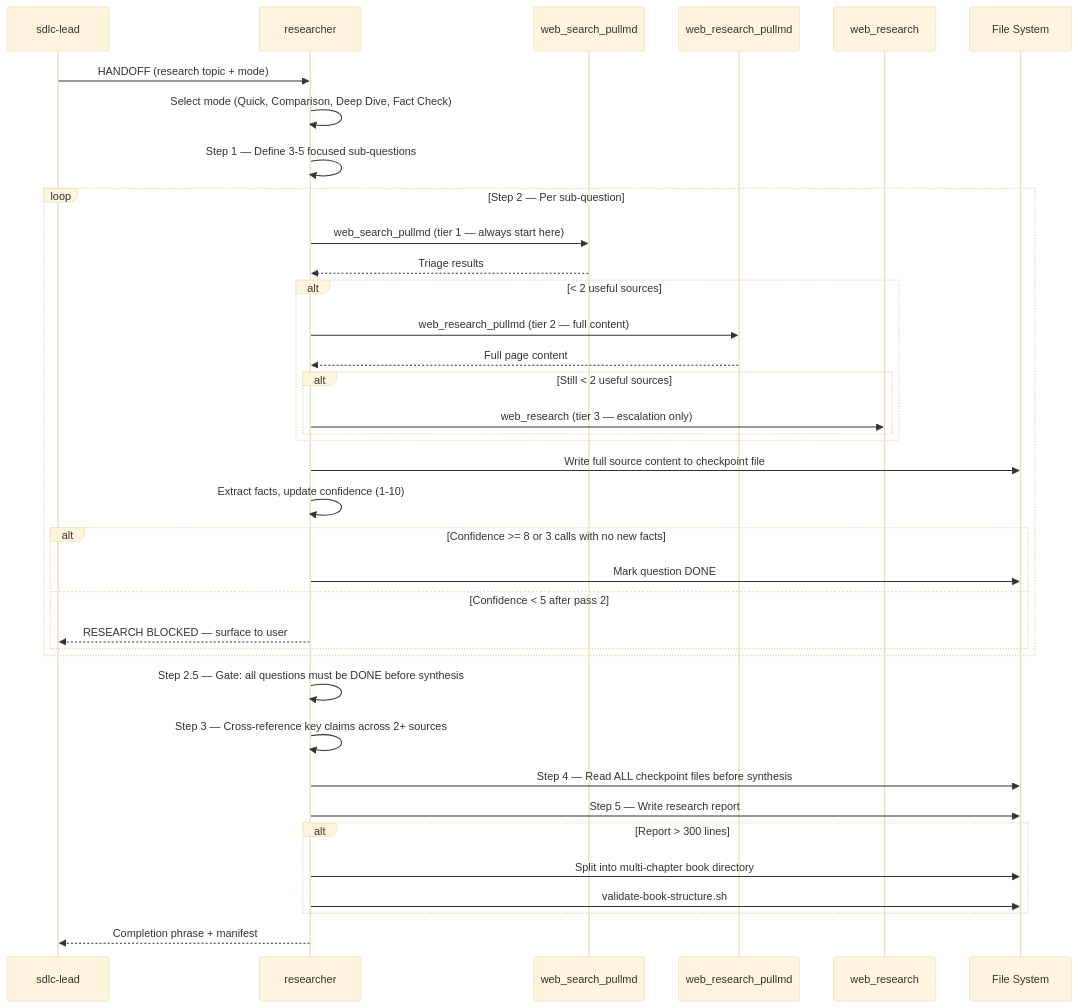
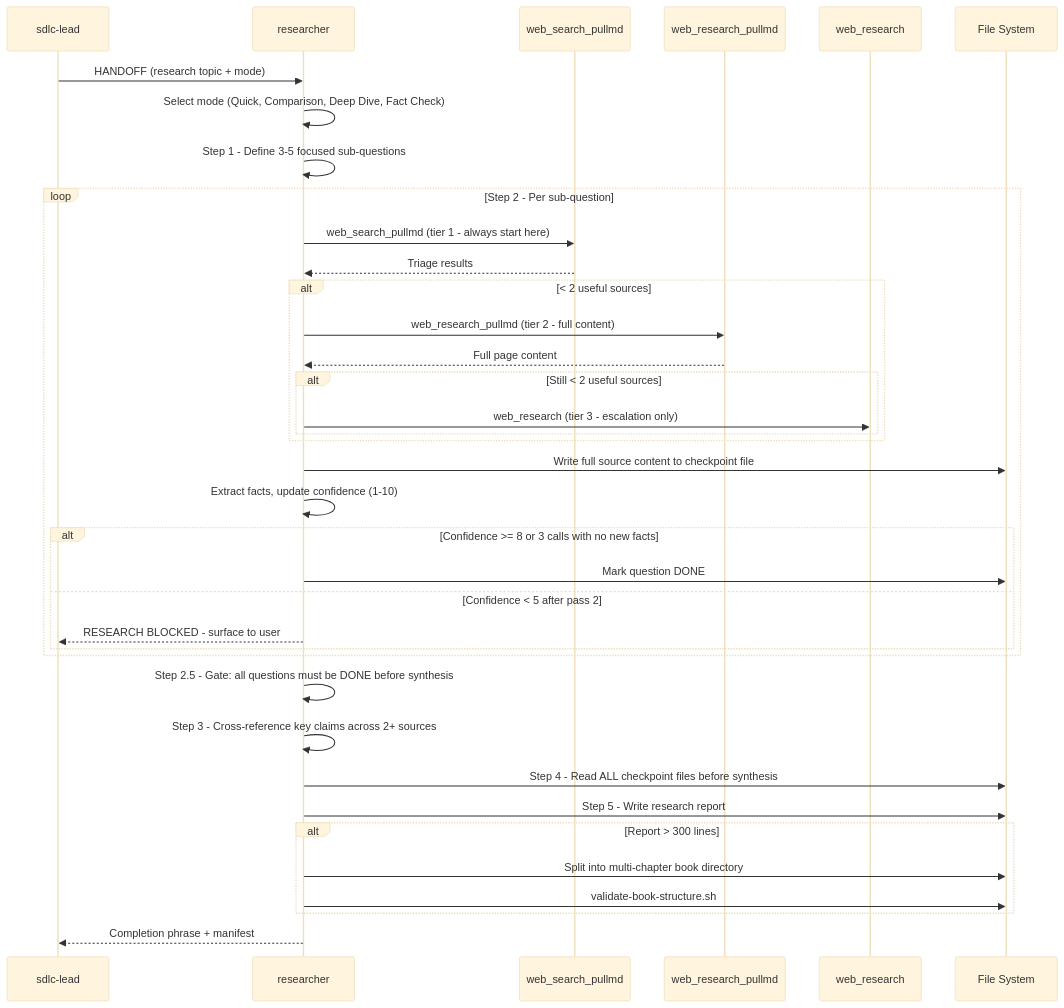
Before and after one commit to bpmforge/attest: the diagram in docs/review/05-agents/11-researcher.md, drawn with Mermaid (base theme). The commit also changed 28 other files, not shown here.

First line of the commit message:
docs: refresh all docs for v1.1-v1.6 + autofix mermaid in review book

````diff
--- a/docs/review/05-agents/11-researcher.md
+++ b/docs/review/05-agents/11-researcher.md
@@ -13,44 +13,44 @@
 ```mermaid
 sequenceDiagram
     participant LEAD as sdlc-lead
     participant RES as researcher
     participant T1 as web_search_pullmd
     participant T2 as web_research_pullmd
     participant T3 as web_research
     participant FS as File System
 
     LEAD->>RES: HANDOFF (research topic + mode)
     RES->>RES: Select mode (Quick, Comparison, Deep Dive, Fact Check)
-    RES->>RES: Step 1 — Define 3-5 focused sub-questions
+    RES->>RES: Step 1 - Define 3-5 focused sub-questions
 
-    loop Step 2 — Per sub-question
-        RES->>T1: web_search_pullmd (tier 1 — always start here)
+    loop Step 2 - Per sub-question
+        RES->>T1: web_search_pullmd (tier 1 - always start here)
         T1-->>RES: Triage results
         alt < 2 useful sources
-            RES->>T2: web_research_pullmd (tier 2 — full content)
+            RES->>T2: web_research_pullmd (tier 2 - full content)
             T2-->>RES: Full page content
             alt Still < 2 useful sources
-                RES->>T3: web_research (tier 3 — escalation only)
+                RES->>T3: web_research (tier 3 - escalation only)
             end
         end
         RES->>FS: Write full source content to checkpoint file
         RES->>RES: Extract facts, update confidence (1-10)
         alt Confidence >= 8 or 3 calls with no new facts
             RES->>FS: Mark question DONE
         else Confidence < 5 after pass 2
-            RES-->>LEAD: RESEARCH BLOCKED — surface to user
+            RES-->>LEAD: RESEARCH BLOCKED - surface to user
         end
     end
 
-    RES->>RES: Step 2.5 — Gate: all questions must be DONE before synthesis
-    RES->>RES: Step 3 — Cross-reference key claims across 2+ sources
-    RES->>FS: Step 4 — Read ALL checkpoint files before synthesis
-    RES->>FS: Step 5 — Write research report
+    RES->>RES: Step 2.5 - Gate: all questions must be DONE before synthesis
+    RES->>RES: Step 3 - Cross-reference key claims across 2+ sources
+    RES->>FS: Step 4 - Read ALL checkpoint files before synthesis
+    RES->>FS: Step 5 - Write research report
 
     alt Report > 300 lines
         RES->>FS: Split into multi-chapter book directory
         RES->>FS: validate-book-structure.sh
     end
 
     RES-->>LEAD: Completion phrase + manifest
 ```
````
